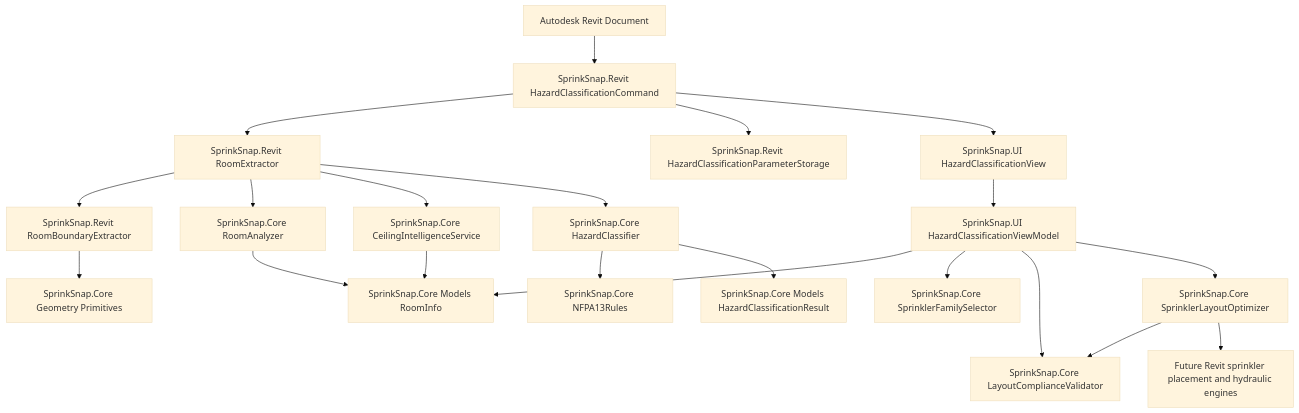
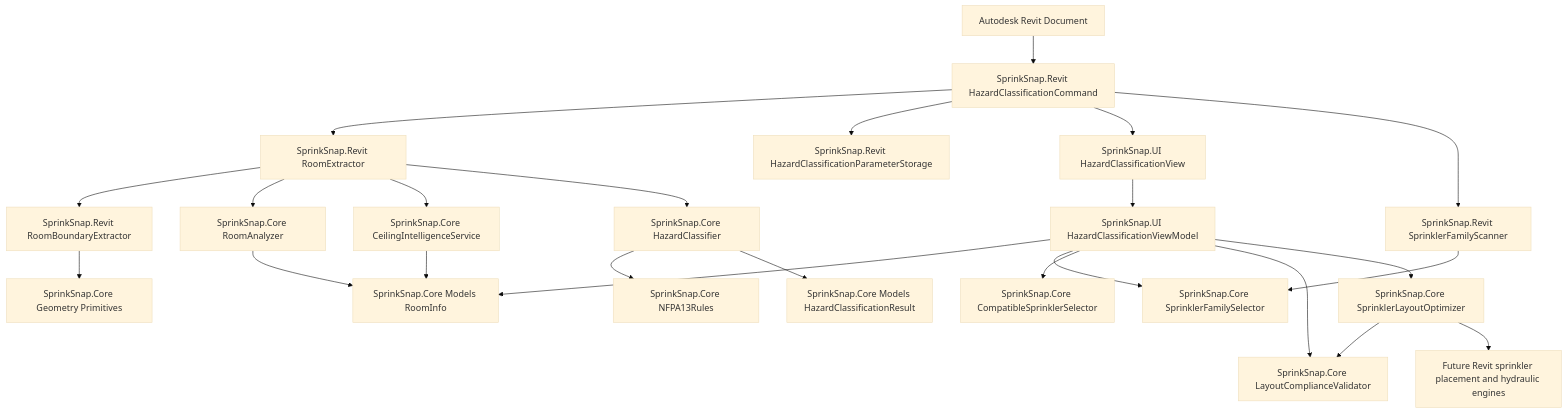
One commit to SprinkSnap/FireSprinklerPlugin changed the diagram in docs/SprinkSnapDependencyFlow.md. Above: the diagram before and after it, drawn with Mermaid (base theme). The commit also changed other lines of this file and 8 other files, not shown here.

````diff
--- a/docs/SprinkSnapDependencyFlow.md
+++ b/docs/SprinkSnapDependencyFlow.md
@@ -10,23 +10,26 @@
 ```mermaid
 flowchart TD
     Revit[Autodesk Revit Document] --> Cmd[SprinkSnap.Revit HazardClassificationCommand]
     Cmd --> Extractor[SprinkSnap.Revit RoomExtractor]
     Cmd --> Storage[SprinkSnap.Revit HazardClassificationParameterStorage]
     Cmd --> View[SprinkSnap.UI HazardClassificationView]
     View --> VM[SprinkSnap.UI HazardClassificationViewModel]
     VM --> RoomInfo[SprinkSnap.Core Models RoomInfo]
     Extractor --> Boundary[SprinkSnap.Revit RoomBoundaryExtractor]
     Extractor --> Analyzer[SprinkSnap.Core RoomAnalyzer]
     Extractor --> Ceiling[SprinkSnap.Core CeilingIntelligenceService]
     Extractor --> Classifier[SprinkSnap.Core HazardClassifier]
     VM --> Family[SprinkSnap.Core SprinklerFamilySelector]
+    VM --> Compatible[SprinkSnap.Core CompatibleSprinklerSelector]
     VM --> Validator[SprinkSnap.Core LayoutComplianceValidator]
     VM --> Optimizer[SprinkSnap.Core SprinklerLayoutOptimizer]
+    Cmd --> Scanner[SprinkSnap.Revit SprinklerFamilyScanner]
     Boundary --> Geometry[SprinkSnap.Core Geometry Primitives]
     Analyzer --> RoomInfo
     Ceiling --> RoomInfo
     Classifier --> Rules[SprinkSnap.Core NFPA13Rules]
     Classifier --> Result[SprinkSnap.Core Models HazardClassificationResult]
     Optimizer --> Validator
+    Scanner --> Family
     Optimizer --> Future[Future Revit sprinkler placement and hydraulic engines]
 ```
````
